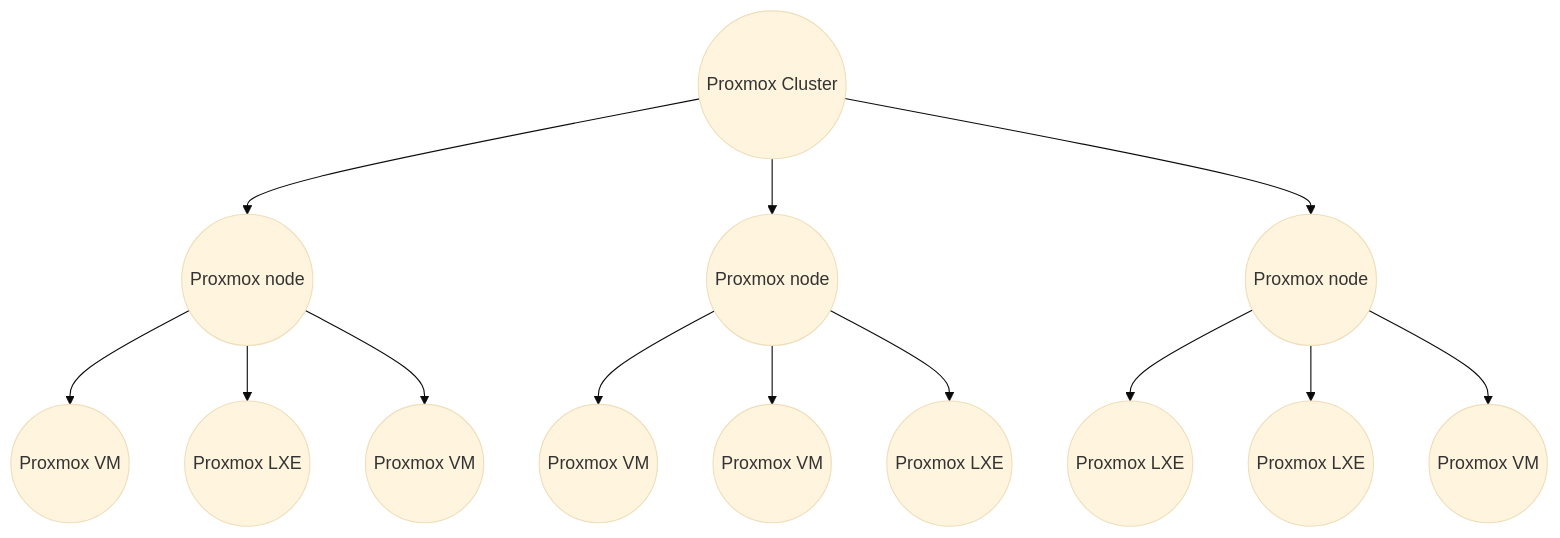
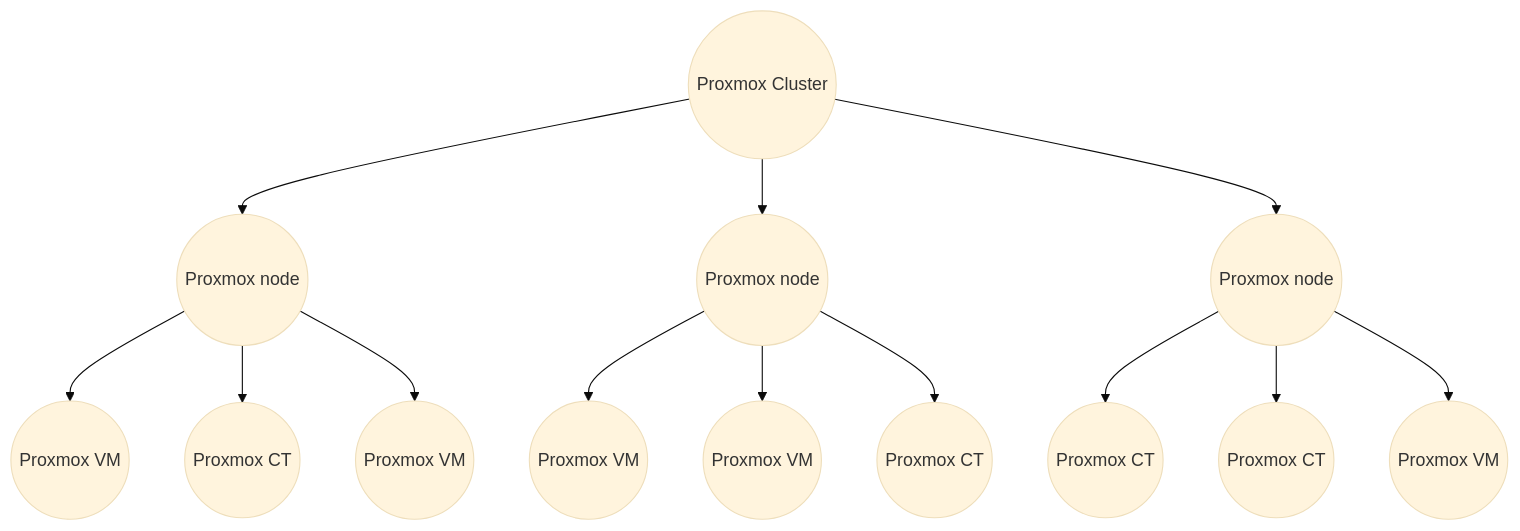
One commit to infrasonar/docs changed the diagram in docs/collectors/probes/proxmox.md. Above: the diagram before and after it, drawn with Mermaid (base theme). The commit also changed other lines of this file and 1 other file, not shown here.

Commit message:
Added basic proxmox documentation

````diff
--- a/docs/collectors/probes/proxmox.md
+++ b/docs/collectors/probes/proxmox.md
@@ -24,28 +9,28 @@
 ``` mermaid
 graph TD
   controller(("`Proxmox Cluster`"))
   node-1(("`Proxmox node`"))
   node-2(("`Proxmox node`"))
   node-3(("`Proxmox node`"))
   device-1-1(("`Proxmox VM`"))
-  device-1-2(("`Proxmox LXE`"))
+  device-1-2(("`Proxmox CT`"))
   device-1-3(("`Proxmox VM`"))
   device-2-1(("`Proxmox VM`"))
   device-2-2(("`Proxmox VM`"))
-  device-2-3(("`Proxmox LXE`"))
-  device-3-1(("`Proxmox LXE`"))
-  device-3-2(("`Proxmox LXE`"))
+  device-2-3(("`Proxmox CT`"))
+  device-3-1(("`Proxmox CT`"))
+  device-3-2(("`Proxmox CT`"))
   device-3-3(("`Proxmox VM`"))
   controller --> node-1
   controller --> node-2
   controller --> node-3
   node-1 --> device-1-1
   node-1 --> device-1-2
   node-1 --> device-1-3
   node-2 --> device-2-1
   node-2 --> device-2-2
   node-2 --> device-2-3
   node-3 --> device-3-1
   node-3 --> device-3-2
   node-3 --> device-3-3
 ```
````
